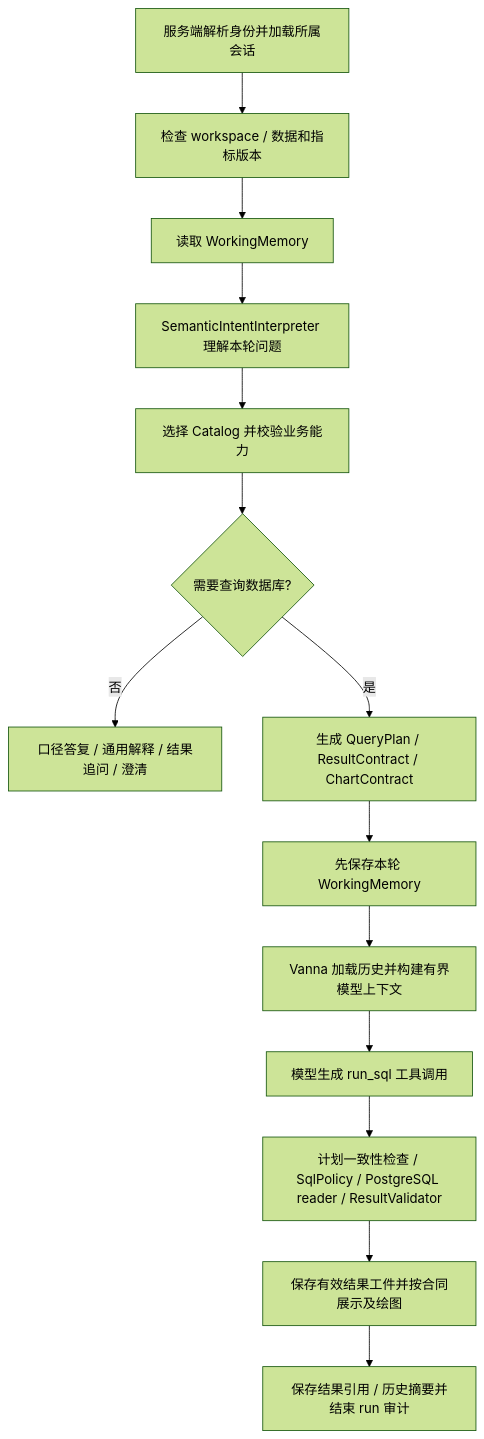
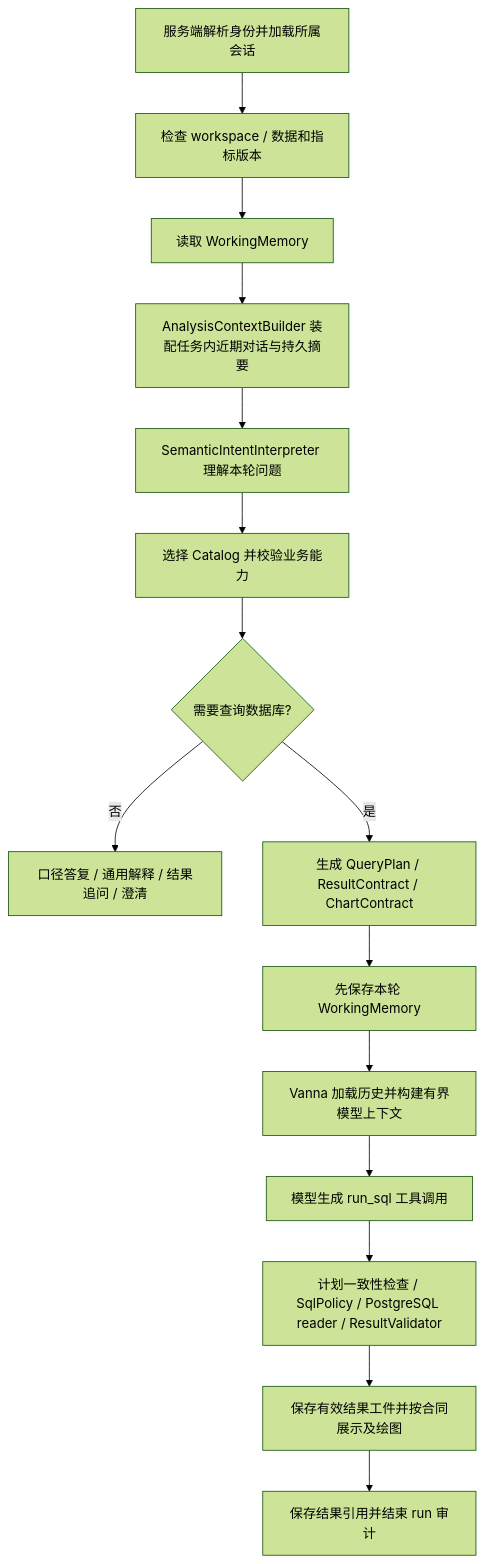
Before and after one commit to GengNSCUTer/data-analysis-agent: the diagram in docs/architecture/analysis-context-memory-v2.md, drawn with Mermaid (forest theme). The commit also changed other lines of this file and 18 other files, not shown here.

Commit message:
feat: persist task-scoped incremental analysis context

````diff
--- a/docs/architecture/analysis-context-memory-v2.md
+++ b/docs/architecture/analysis-context-memory-v2.md
@@ -20,16 +20,17 @@
 ```mermaid
 flowchart TD
     A[服务端解析身份并加载所属会话] --> B[检查 workspace / 数据和指标版本]
     B --> C[读取 WorkingMemory]
-    C --> D[SemanticIntentInterpreter 理解本轮问题]
+    C --> C1[AnalysisContextBuilder 装配任务内近期对话与持久摘要]
+    C1 --> D[SemanticIntentInterpreter 理解本轮问题]
     D --> E[选择 Catalog 并校验业务能力]
     E --> F{需要查询数据库?}
     F -->|否| G[口径答复 / 通用解释 / 结果追问 / 澄清]
     F -->|是| H[生成 QueryPlan / ResultContract / ChartContract]
     H --> I[先保存本轮 WorkingMemory]
     I --> J[Vanna 加载历史并构建有界模型上下文]
     J --> K[模型生成 run_sql 工具调用]
     K --> L[计划一致性检查 / SqlPolicy / PostgreSQL reader / ResultValidator]
     L --> M[保存有效结果工件并按合同展示及绘图]
-    M --> N[保存结果引用 / 历史摘要并结束 run 审计]
+    M --> N[保存结果引用并结束 run 审计]
 ```
````
